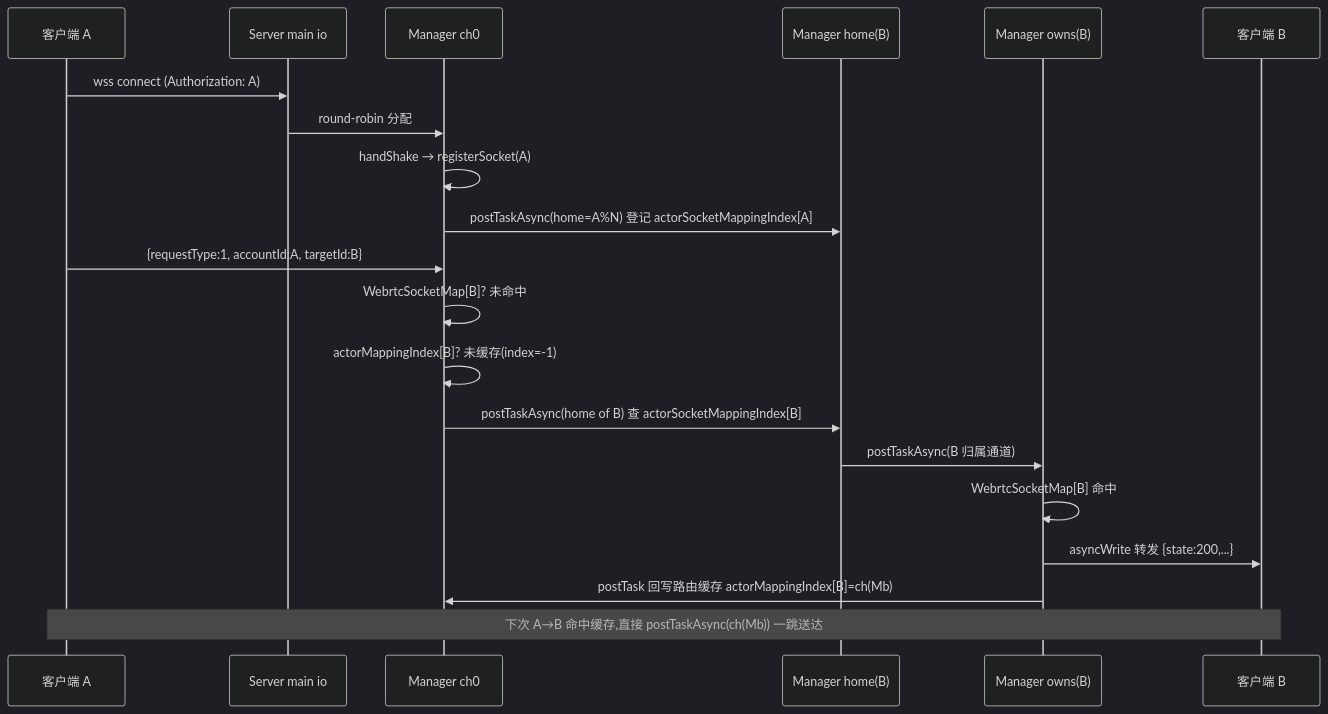
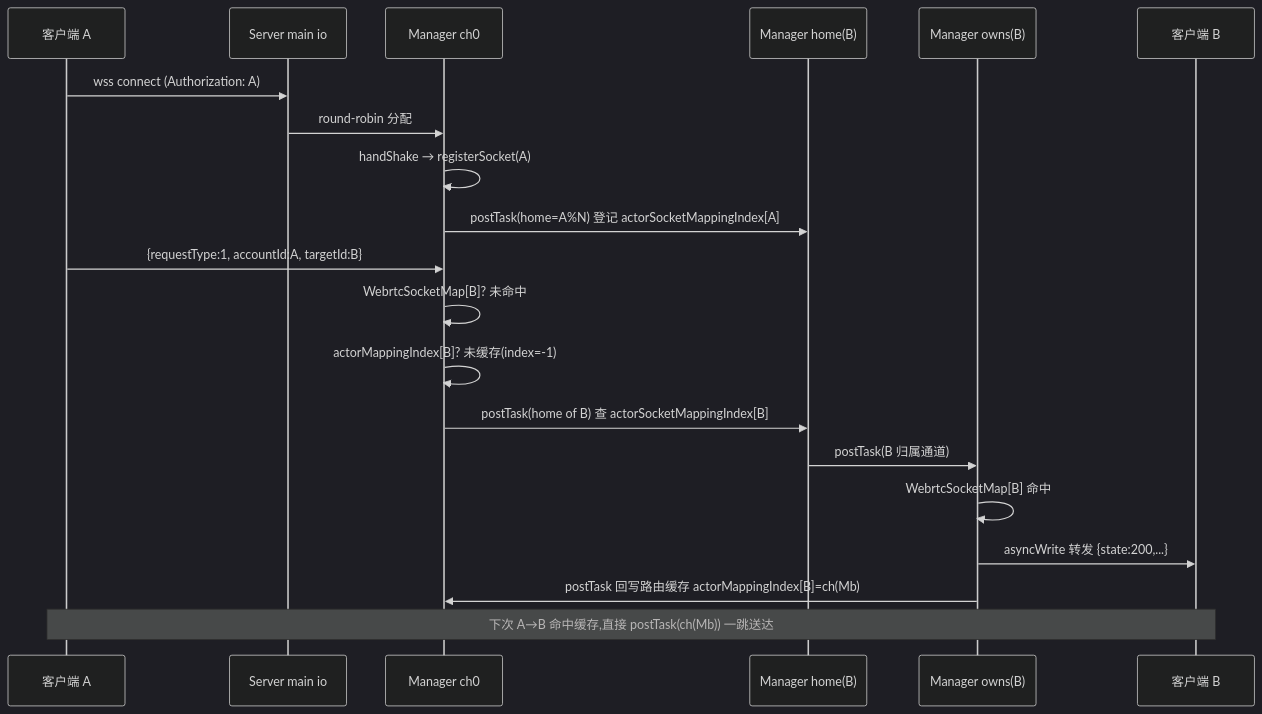
Before and after one commit to HopeTiga/HopeDesk: the second of 5 diagrams in WebrtcSignalServer.md, drawn with Mermaid (dark theme). The commit also changed other lines of this file, not shown here.

````diff
--- a/WebrtcSignalServer.md
+++ b/WebrtcSignalServer.md
@@ -231,22 +232,22 @@
 ```mermaid
 sequenceDiagram
   participant C as 客户端 A
   participant Srv as Server main io
   participant M0 as Manager ch0
   participant Mh as Manager home(B)
   participant Mb as Manager owns(B)
   participant B as 客户端 B
   C->>Srv: wss connect (Authorization: A)
   Srv->>M0: round-robin 分配
   M0->>M0: handShake → registerSocket(A)
-  M0->>Mh: postTaskAsync(home=A%N) 登记 actorSocketMappingIndex[A]
+  M0->>Mh: postTask(home=A%N) 登记 actorSocketMappingIndex[A]
   C->>M0: {requestType:1, accountId:A, targetId:B}
   M0->>M0: WebrtcSocketMap[B]? 未命中
   M0->>M0: actorMappingIndex[B]? 未缓存(index=-1)
-  M0->>Mh: postTaskAsync(home of B) 查 actorSocketMappingIndex[B]
-  Mh->>Mb: postTaskAsync(B 归属通道)
+  M0->>Mh: postTask(home of B) 查 actorSocketMappingIndex[B]
+  Mh->>Mb: postTask(B 归属通道)
   Mb->>Mb: WebrtcSocketMap[B] 命中
   Mb->>B: asyncWrite 转发 {state:200,...}
   Mb->>M0: postTask 回写路由缓存 actorMappingIndex[B]=ch(Mb)
-  Note over C,B: 下次 A→B 命中缓存,直接 postTaskAsync(ch(Mb)) 一跳送达
+  Note over C,B: 下次 A→B 命中缓存,直接 postTask(ch(Mb)) 一跳送达
 ```
````
